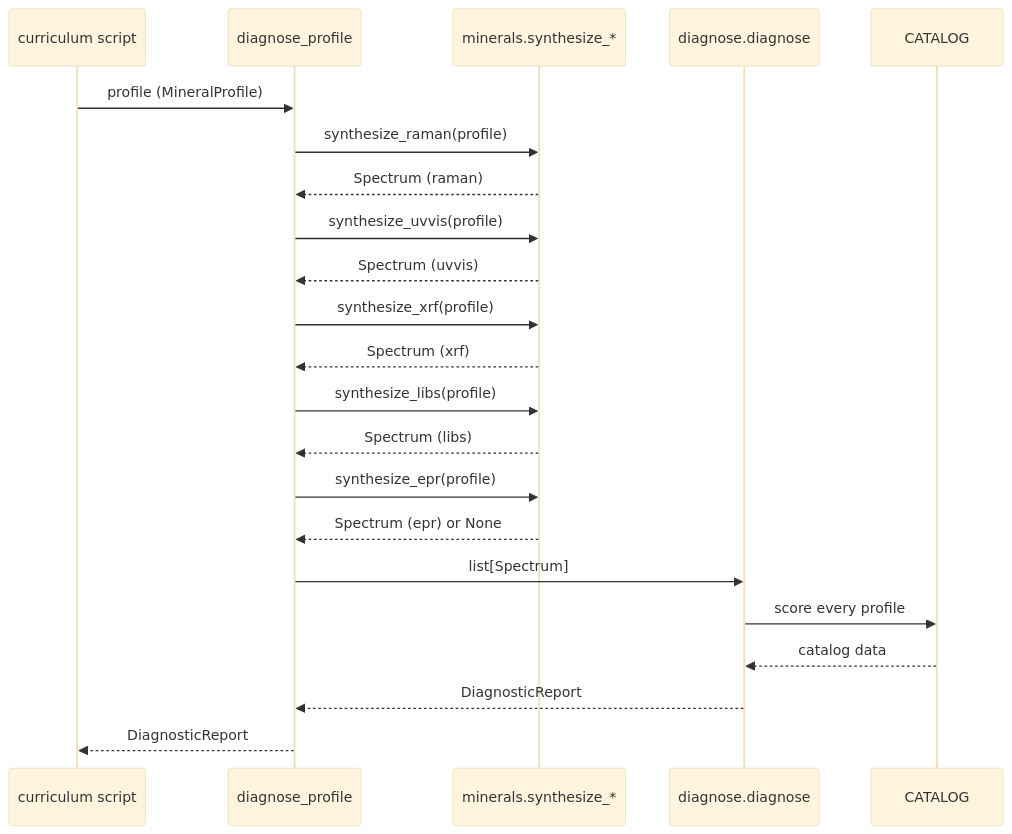
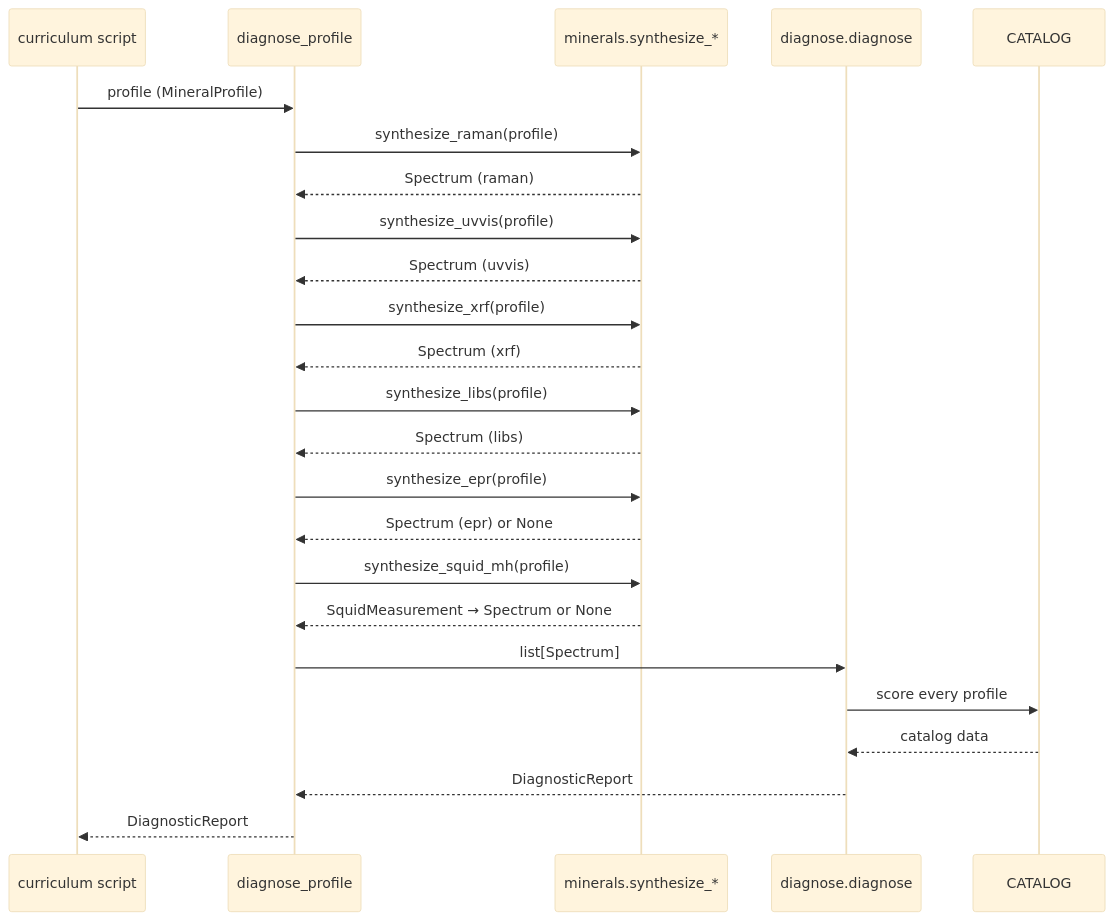
One commit to sonoransun/checkmsg changed the third of 3 diagrams in docs/architecture.md. Above: the diagram before and after it, drawn with Mermaid (base theme). The commit also changed other lines of this file and 19 other files, not shown here.

````diff
--- a/docs/architecture.md
+++ b/docs/architecture.md
@@ -180,24 +202,26 @@
 ```mermaid
 sequenceDiagram
     participant Caller as curriculum script
     participant DP as diagnose_profile
     participant SYN as minerals.synthesize_*
     participant D as diagnose.diagnose
     participant CAT as CATALOG
     Caller->>DP: profile (MineralProfile)
     DP->>SYN: synthesize_raman(profile)
     SYN-->>DP: Spectrum (raman)
     DP->>SYN: synthesize_uvvis(profile)
     SYN-->>DP: Spectrum (uvvis)
     DP->>SYN: synthesize_xrf(profile)
     SYN-->>DP: Spectrum (xrf)
     DP->>SYN: synthesize_libs(profile)
     SYN-->>DP: Spectrum (libs)
     DP->>SYN: synthesize_epr(profile)
     SYN-->>DP: Spectrum (epr) or None
+    DP->>SYN: synthesize_squid_mh(profile)
+    SYN-->>DP: SquidMeasurement → Spectrum or None
     DP->>D: list[Spectrum]
     D->>CAT: score every profile
     CAT-->>D: catalog data
     D-->>DP: DiagnosticReport
     DP-->>Caller: DiagnosticReport
 ```
````
